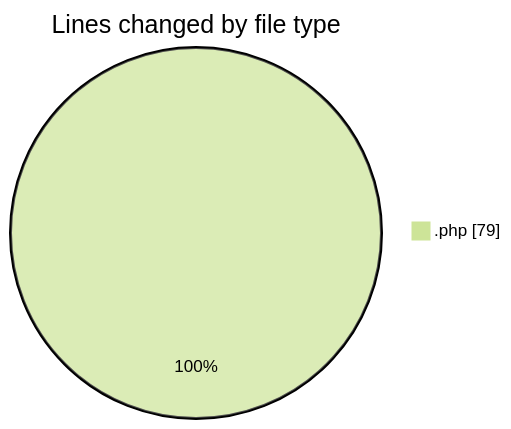
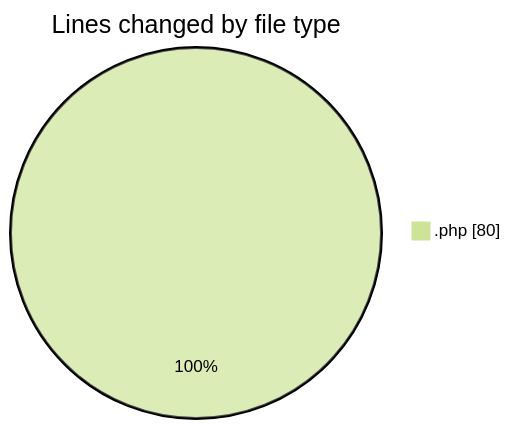
One commit to idhammustaqopulfikri/code-tracking changed the first of 2 diagrams in 2025-06-06/sewa-mobil/README.md. Above: the diagram before and after it, drawn with Mermaid (forest theme). The commit also changed other lines of this file and 1 other file, not shown here.

````diff
--- a/2025-06-06/sewa-mobil/README.md
+++ b/2025-06-06/sewa-mobil/README.md
@@ -22,5 +22,5 @@
 ```mermaid
 pie showData
 title Lines changed by file type
-".php" : 79
+".php" : 80
 ```
````
